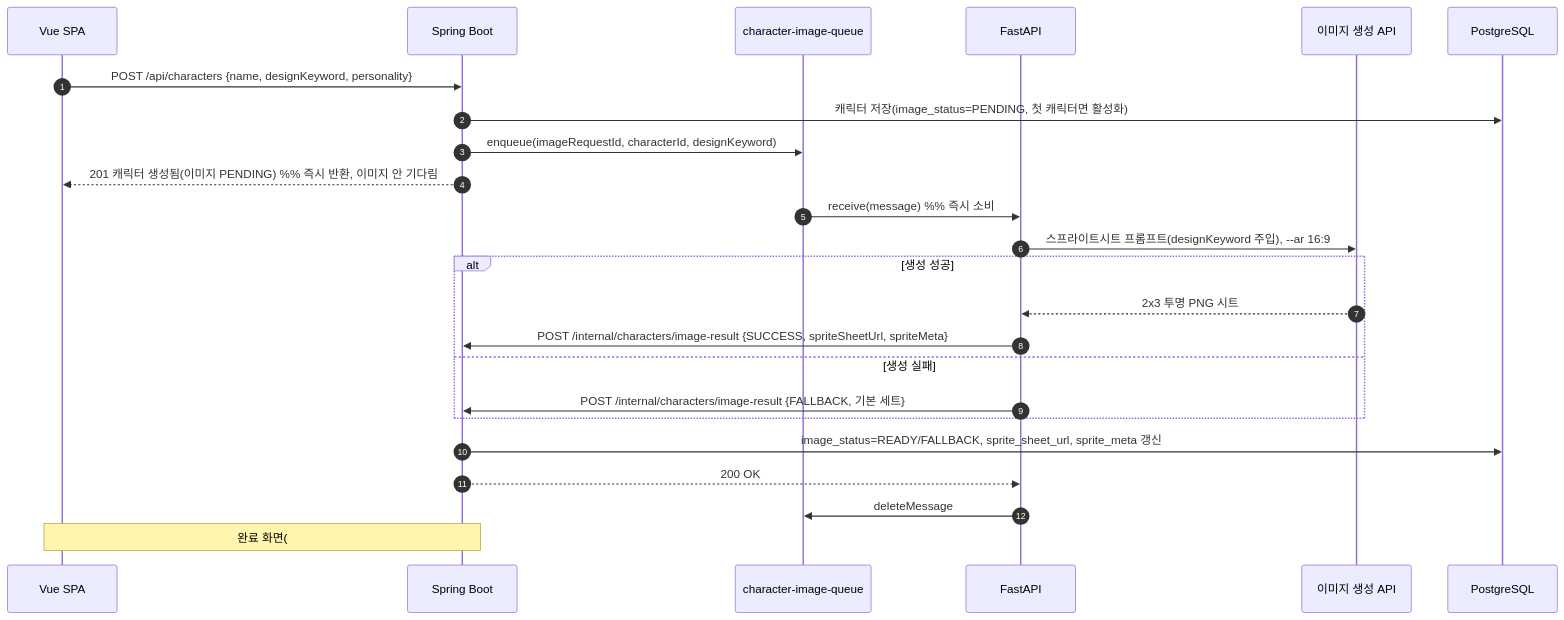
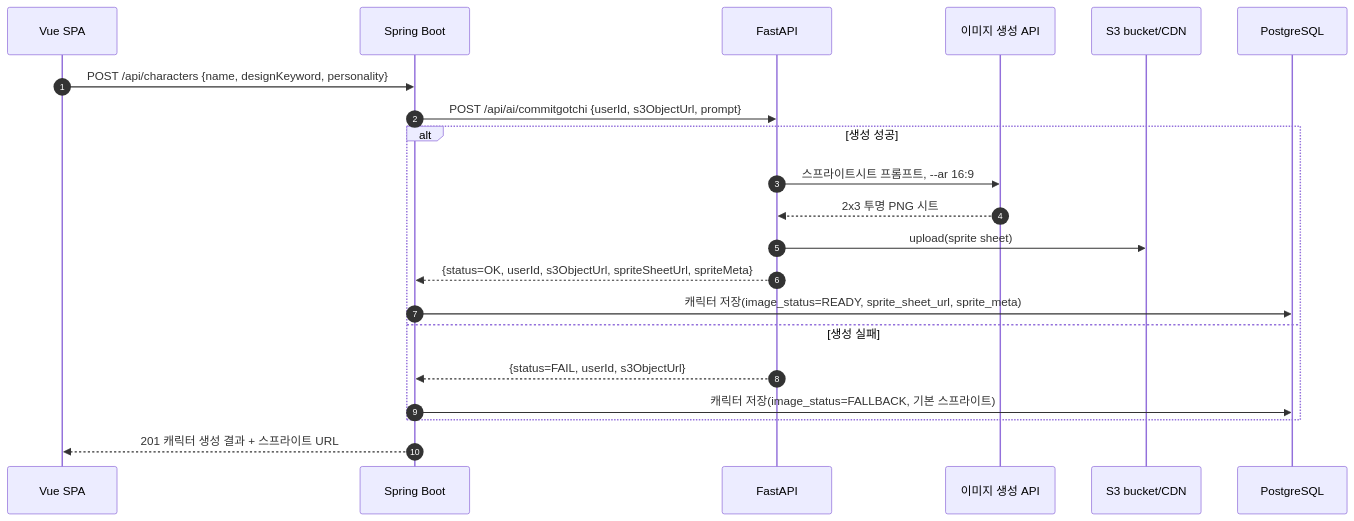
One commit to YunAndDong/commitgotchi changed the seventh of 7 diagrams in _bmad-output/planning-artifacts/architecture/architecture-commitgotchi-2026-06-07/architecture.md. Above: the diagram before and after it, drawn with Mermaid. The commit also changed other lines of this file, not shown here.

Commit message:
docs: align core architecture contracts

````diff
--- a/_bmad-output/planning-artifacts/architecture/architecture-commitgotchi-2026-06-07/architecture.md
+++ b/_bmad-output/planning-artifacts/architecture/architecture-commitgotchi-2026-06-07/architecture.md
@@ -826,28 +857,24 @@
 ```mermaid
 sequenceDiagram
   autonumber
   participant V as Vue SPA
   participant SB as Spring Boot
-  participant IQ as character-image-queue
   participant FA as FastAPI
   participant AI as 이미지 생성 API
+  participant S3 as S3 bucket/CDN
   participant DB as PostgreSQL
 
   V->>SB: POST /api/characters {name, designKeyword, personality}
-  SB->>DB: 캐릭터 저장(image_status=PENDING, 첫 캐릭터면 활성화)
-  SB->>IQ: enqueue(imageRequestId, characterId, designKeyword)
-  SB-->>V: 201 캐릭터 생성됨(이미지 PENDING) %% 즉시 반환, 이미지 안 기다림
-
-  IQ->>FA: receive(message) %% 즉시 소비
-  FA->>AI: 스프라이트시트 프롬프트(designKeyword 주입), --ar 16:9
+  SB->>FA: POST /api/ai/commitgotchi {userId, s3ObjectUrl, prompt}
   alt 생성 성공
+    FA->>AI: 스프라이트시트 프롬프트, --ar 16:9
     AI-->>FA: 2x3 투명 PNG 시트
-    FA->>SB: POST /internal/characters/image-result {SUCCESS, spriteSheetUrl, spriteMeta}
+    FA->>S3: upload(sprite sheet)
+    FA-->>SB: {status=OK, userId, s3ObjectUrl, spriteSheetUrl, spriteMeta}
+    SB->>DB: 캐릭터 저장(image_status=READY, sprite_sheet_url, sprite_meta)
   else 생성 실패
-    FA->>SB: POST /internal/characters/image-result {FALLBACK, 기본 세트}
+    FA-->>SB: {status=FAIL, userId, s3ObjectUrl}
+    SB->>DB: 캐릭터 저장(image_status=FALLBACK, 기본 스프라이트)
   end
-  SB->>DB: image_status=READY/FALLBACK, sprite_sheet_url, sprite_meta 갱신
-  SB-->>FA: 200 OK
-  FA->>IQ: deleteMessage
-  Note over V,SB: 완료 화면(#11)이 상태 폴링 → READY 시 스프라이트 렌더
+  SB-->>V: 201 캐릭터 생성 결과 + 스프라이트 URL
 ```
````
